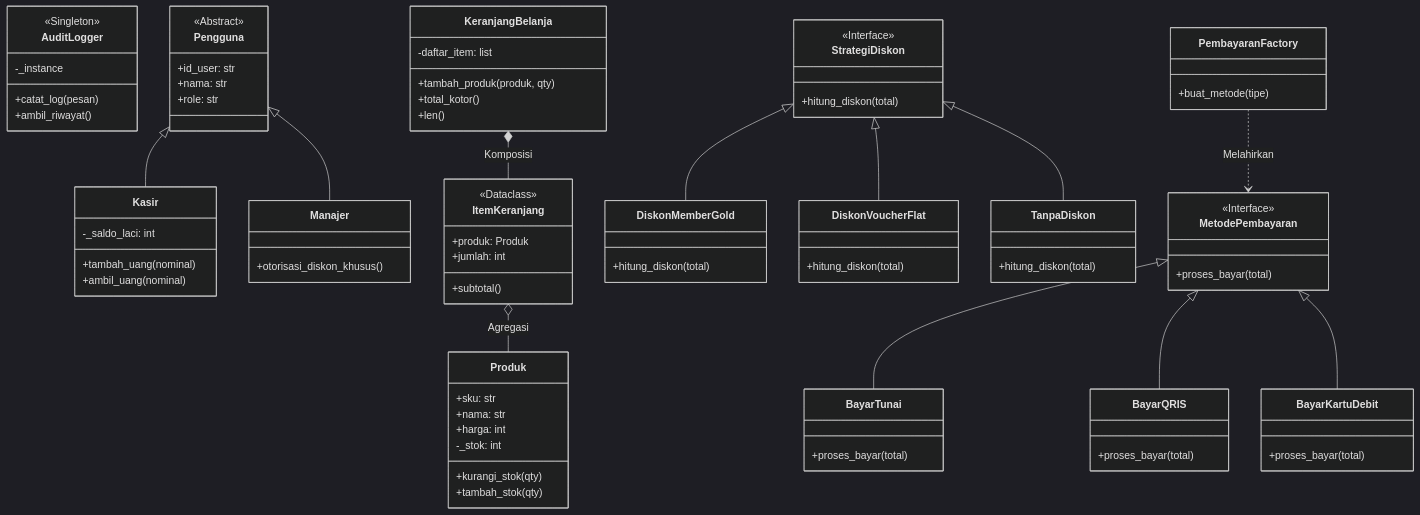
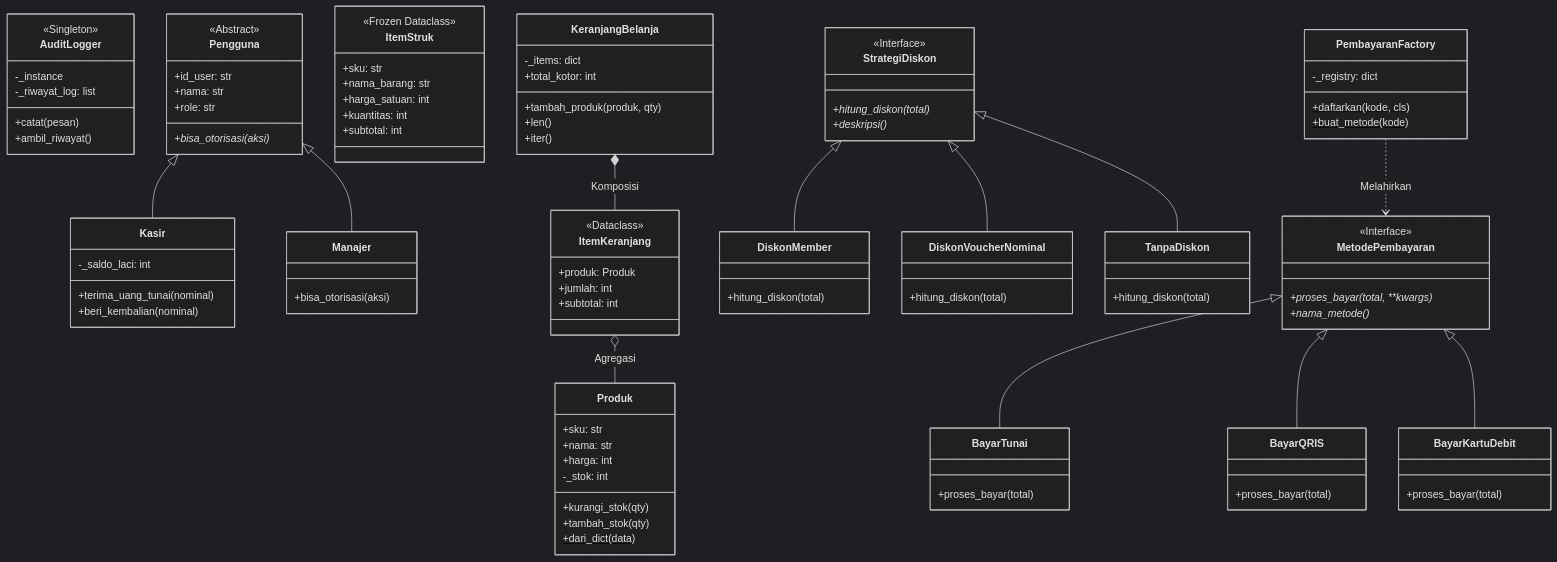
One commit to antonprafanto/Phyton-OOP changed the first of 2 diagrams in 05_capstone_project/smart_pos_system/MATERI.md. Above: the diagram before and after it, drawn with Mermaid (dark theme). The commit also changed other lines of this file, not shown here.

Commit message:
docs(capstone): lengkapi panduan aksi 'harus apa' dan peralatan 'menggunakan apa' pada MATERI.md

```diff
--- a/05_capstone_project/smart_pos_system/MATERI.md
+++ b/05_capstone_project/smart_pos_system/MATERI.md
@@ -45,7 +137,8 @@
     class AuditLogger {
         <<Singleton>>
         -_instance
-        +catat_log(pesan)
+        -_riwayat_log: list
+        +catat(pesan)
         +ambil_riwayat()
     }
 
@@ -54,16 +147,17 @@
         +id_user: str
         +nama: str
         +role: str
+        +bisa_otorisasi(aksi)*
     }
 
     class Kasir {
         -_saldo_laci: int
-        +tambah_uang(nominal)
-        +ambil_uang(nominal)
+        +terima_uang_tunai(nominal)
+        +beri_kembalian(nominal)
     }
 
     class Manajer {
-        +otorisasi_diskon_khusus()
+        +bisa_otorisasi(aksi)
     }
 
     Pengguna <|-- Kasir
@@ -76,20 +170,31 @@
         -_stok: int
         +kurangi_stok(qty)
         +tambah_stok(qty)
+        +dari_dict(data)$
     }
 
     class ItemKeranjang {
         <<Dataclass>>
         +produk: Produk
         +jumlah: int
-        +subtotal()
+        +subtotal: int
+    }
+
+    class ItemStruk {
+        <<Frozen Dataclass>>
+        +sku: str
+        +nama_barang: str
+        +harga_satuan: int
+        +kuantitas: int
+        +subtotal: int
     }
 
     class KeranjangBelanja {
-        -daftar_item: list
+        -_items: dict
         +tambah_produk(produk, qty)
-        +total_kotor()
+        +total_kotor: int
         +len()
+        +iter()
     }
 
     KeranjangBelanja *-- ItemKeranjang : Komposisi
@@ -97,26 +202,28 @@
 
     class StrategiDiskon {
         <<Interface>>
+        +hitung_diskon(total)*
+        +deskripsi()*
+    }
+
+    class DiskonMember {
         +hitung_diskon(total)
     }
-
-    class DiskonMemberGold {
-        +hitung_diskon(total)
-    }
-    class DiskonVoucherFlat {
+    class DiskonVoucherNominal {
         +hitung_diskon(total)
     }
     class TanpaDiskon {
         +hitung_diskon(total)
     }
 
-    StrategiDiskon <|-- DiskonMemberGold
-    StrategiDiskon <|-- DiskonVoucherFlat
+    StrategiDiskon <|-- DiskonMember
+    StrategiDiskon <|-- DiskonVoucherNominal
     StrategiDiskon <|-- TanpaDiskon
 
     class MetodePembayaran {
         <<Interface>>
-        +proses_bayar(total)
+        +proses_bayar(total, **kwargs)*
+        +nama_metode()*
     }
 
     class BayarTunai {
@@ -134,7 +241,9 @@
     MetodePembayaran <|-- BayarKartuDebit
 
     class PembayaranFactory {
-        +buat_metode(tipe)
+        -_registry: dict
+        +daftarkan(kode, cls)$
+        +buat_metode(kode)$
     }
 
     PembayaranFactory ..> MetodePembayaran : Melahirkan
```
